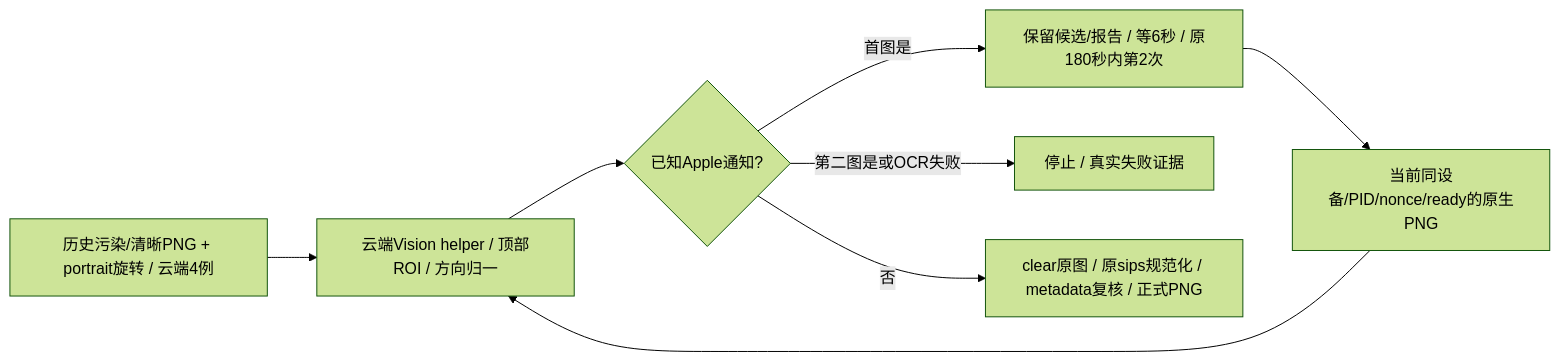
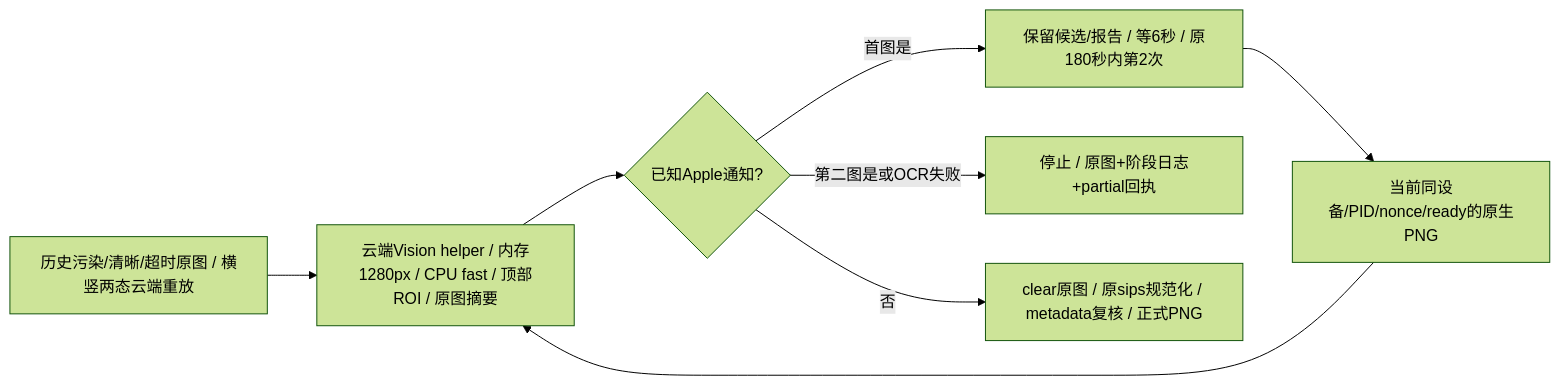
Before and after one commit to Altman-sam114/1145: diagram 22 of 22 in md/flow/flowchart.md, drawn with Mermaid (forest theme). The commit also changed 9 other files, not shown here.

Commit message:
v6.29: 限制截图OCR开销并保留检测失败回执

````diff
--- a/md/flow/flowchart.md
+++ b/md/flow/flowchart.md
@@ -538,10 +538,10 @@
 ```mermaid
 flowchart LR
-  Fixtures["历史污染/清晰PNG + portrait旋转 / 云端4例"] --> OCR["云端Vision helper / 顶部ROI / 方向归一"]
+  Fixtures["历史污染/清晰/超时原图 / 横竖两态云端重放"] --> OCR["云端Vision helper / 内存1280px / CPU fast / 顶部ROI / 原图摘要"]
   Native["当前同设备/PID/nonce/ready的原生PNG"] --> OCR
   OCR --> Status{"已知Apple通知?"}
   Status -- "首图是" --> Keep["保留候选/报告 / 等6秒 / 原180秒内第2次"]
   Keep --> Native
-  Status -- "第二图是或OCR失败" --> Failure["停止 / 真实失败证据"]
+  Status -- "第二图是或OCR失败" --> Failure["停止 / 原图+阶段日志+partial回执"]
   Status -- 否 --> Formal["clear原图 / 原sips规范化 / metadata复核 / 正式PNG"]
 ```
````
